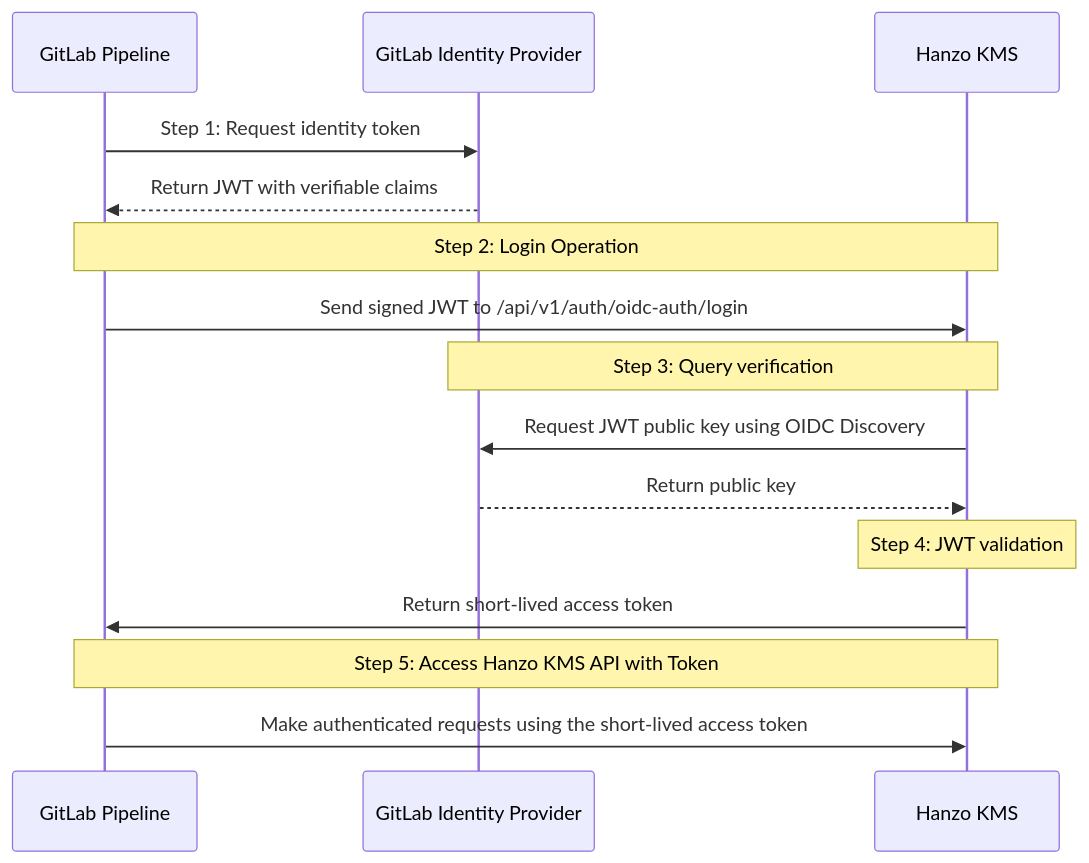
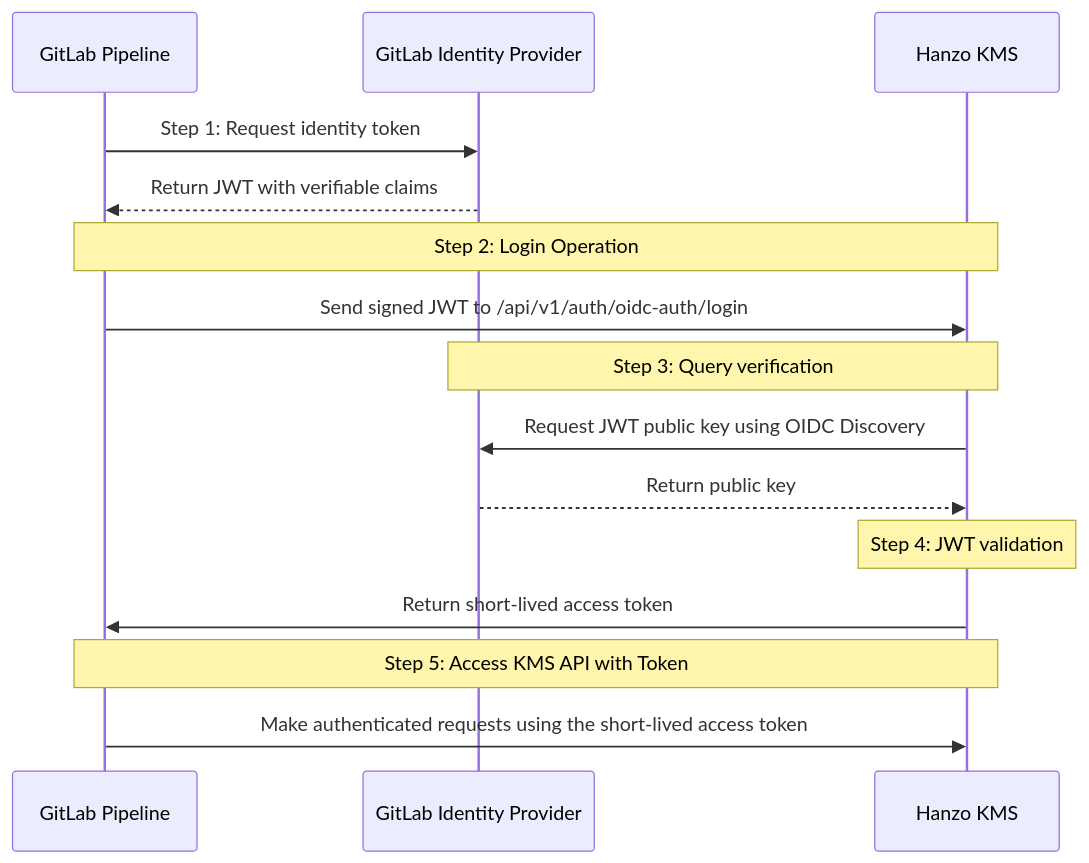
One commit to hanzoai/kms changed the diagram in docs/documentation/platform/identities/oidc-auth/gitlab.mdx. Above: the diagram before and after it, drawn with Mermaid. The commit also changed other lines of this file and 22 other files, not shown here.

````diff
--- a/docs/documentation/platform/identities/oidc-auth/gitlab.mdx
+++ b/docs/documentation/platform/identities/oidc-auth/gitlab.mdx
@@ -12,22 +12,22 @@
 ```mermaid
 sequenceDiagram
   participant Client as GitLab Pipeline
   participant Idp as GitLab Identity Provider
-  participant Infis as Hanzo KMS
+  participant KMS as Hanzo KMS
 
   Client->>Idp: Step 1: Request identity token
   Idp-->>Client: Return JWT with verifiable claims
 
-  Note over Client,Infis: Step 2: Login Operation
-  Client->>Infis: Send signed JWT to /api/v1/auth/oidc-auth/login
+  Note over Client,KMS: Step 2: Login Operation
+  Client->>KMS: Send signed JWT to /api/v1/auth/oidc-auth/login
 
-  Note over Infis,Idp: Step 3: Query verification
-  Infis->>Idp: Request JWT public key using OIDC Discovery
-  Idp-->>Infis: Return public key
+  Note over KMS,Idp: Step 3: Query verification
+  KMS->>Idp: Request JWT public key using OIDC Discovery
+  Idp-->>KMS: Return public key
 
-  Note over Infis: Step 4: JWT validation
-  Infis->>Client: Return short-lived access token
+  Note over KMS: Step 4: JWT validation
+  KMS->>Client: Return short-lived access token
 
-  Note over Client,Infis: Step 5: Access Hanzo KMS API with Token
-  Client->>Infis: Make authenticated requests using the short-lived access token
+  Note over Client,KMS: Step 5: Access KMS API with Token
+  Client->>KMS: Make authenticated requests using the short-lived access token
 ```
````
